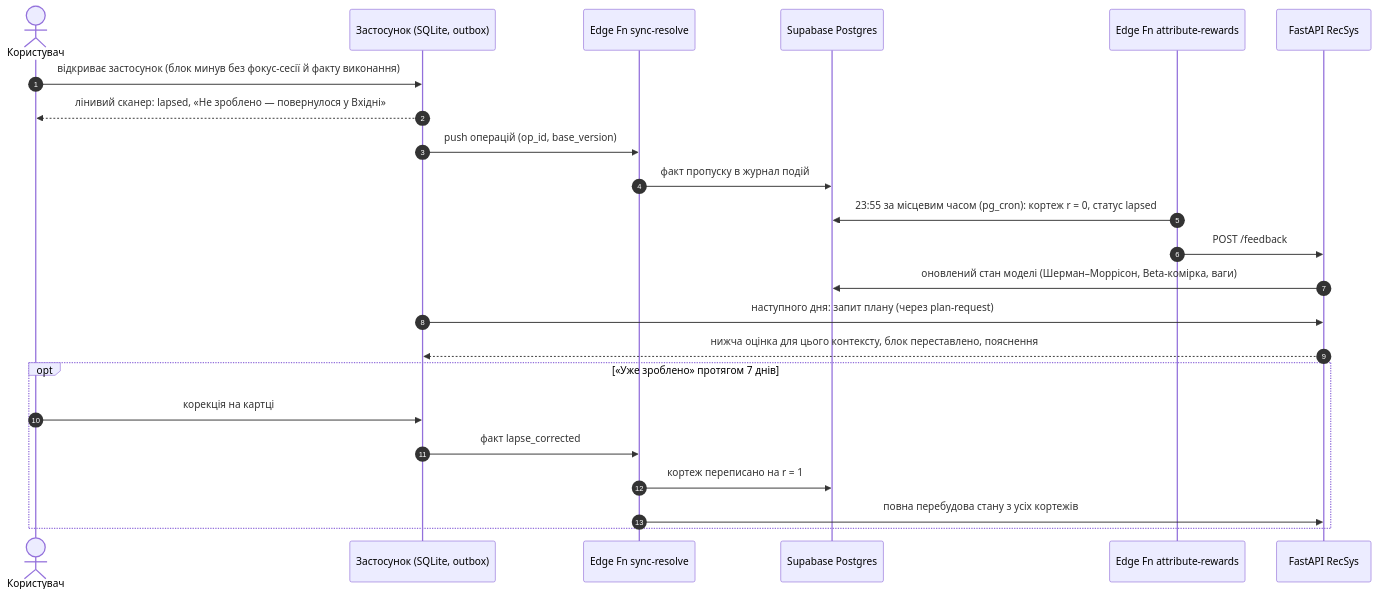
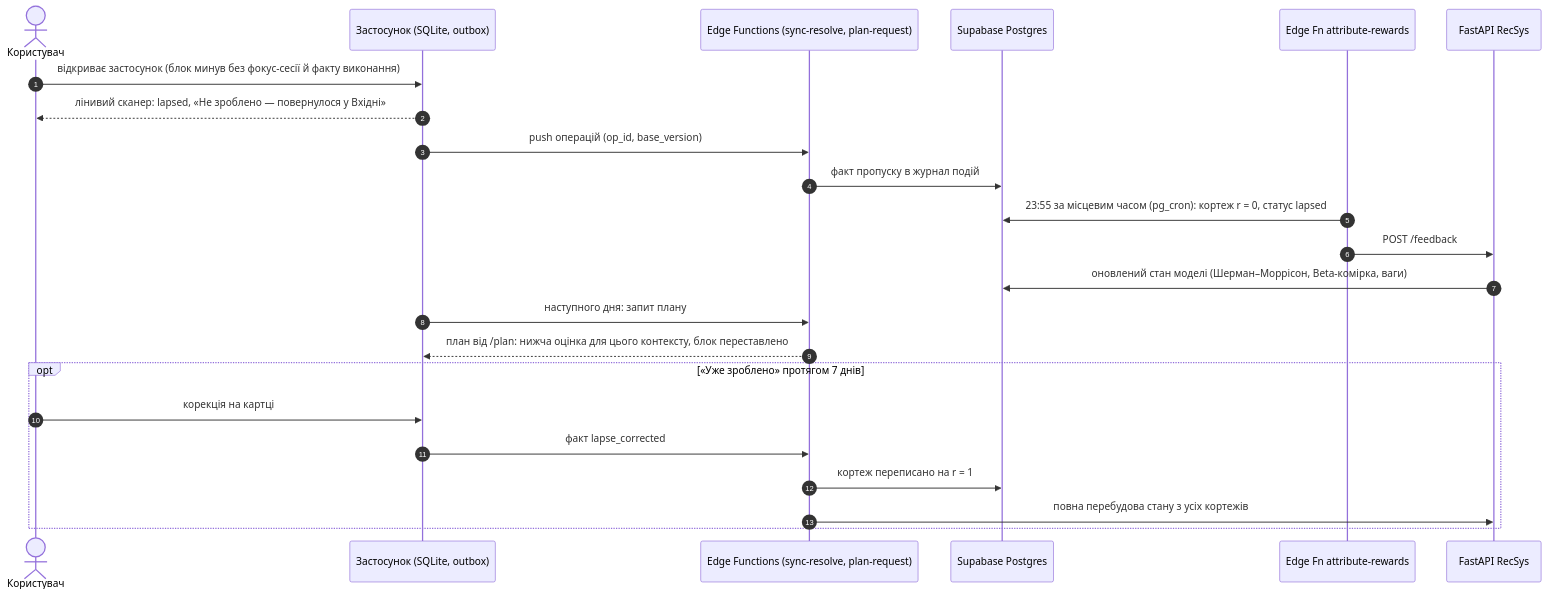
The diagram in docs/thesis/text/diagrams/e1-uc04.mmd (IKala4I/magister_work), drawn with Mermaid before and after one commit. The commit also changed 7 other files, not shown here.

```diff
--- a/docs/thesis/text/diagrams/e1-uc04.mmd
+++ b/docs/thesis/text/diagrams/e1-uc04.mmd
@@ -1,30 +1,30 @@
 %% Рисунок Е.1 — UC-04 «Перепланування пропущеної задачі» (пропуск блоку → оновлення моделі → змінене розміщення)
 %% Джерело істини: apps/mobile/src/db/feedback.ts (lapseScan, skipBlock), apps/mobile/src/sync/pull.ts,
 %% supabase/functions/_shared/rewards.ts, supabase/migrations/20260827150000_p7_feedback.sql,
 %% services/recsys/src/hourwell_recsys/{bandit,energy,blend}.py.
 %% Звірено з апаратним прогоном iPhone 2026-09-08 (docs/verification/device-pass/ios-20260908-1215).
 %% 2026-11-12: стиснуто до головного потоку на один аркуш (власник: «одна діаграма на сторінку»);
 %% подробиці (ґратка статусів, повторна перевірка миттєвих правил, вікно 7 днів) — у тексті додатка.
 sequenceDiagram
     autonumber
     actor K as Користувач
     participant App as Застосунок (SQLite, outbox)
-    participant SR as Edge Fn sync-resolve
+    participant SR as Edge Functions (sync-resolve, plan-request)
     participant PG as Supabase Postgres
     participant AR as Edge Fn attribute-rewards
     participant API as FastAPI RecSys
     K->>App: відкриває застосунок (блок минув без фокус-сесії й факту виконання)
     App-->>K: лінивий сканер: lapsed, «Не зроблено — повернулося у Вхідні»
     App->>SR: push операцій (op_id, base_version)
     SR->>PG: факт пропуску в журнал подій
     AR->>PG: 23:55 за місцевим часом (pg_cron): кортеж r = 0, статус lapsed
     AR->>API: POST /feedback
     API->>PG: оновлений стан моделі (Шерман–Моррісон, Beta-комірка, ваги)
-    App->>API: наступного дня: запит плану (через plan-request)
-    API-->>App: нижча оцінка для цього контексту, блок переставлено, пояснення
+    App->>SR: наступного дня: запит плану
+    SR-->>App: план від /plan: нижча оцінка для цього контексту, блок переставлено
     opt «Уже зроблено» протягом 7 днів
         K->>App: корекція на картці
         App->>SR: факт lapse_corrected
         SR->>PG: кортеж переписано на r = 1
         SR->>API: повна перебудова стану з усіх кортежів
     end
```
